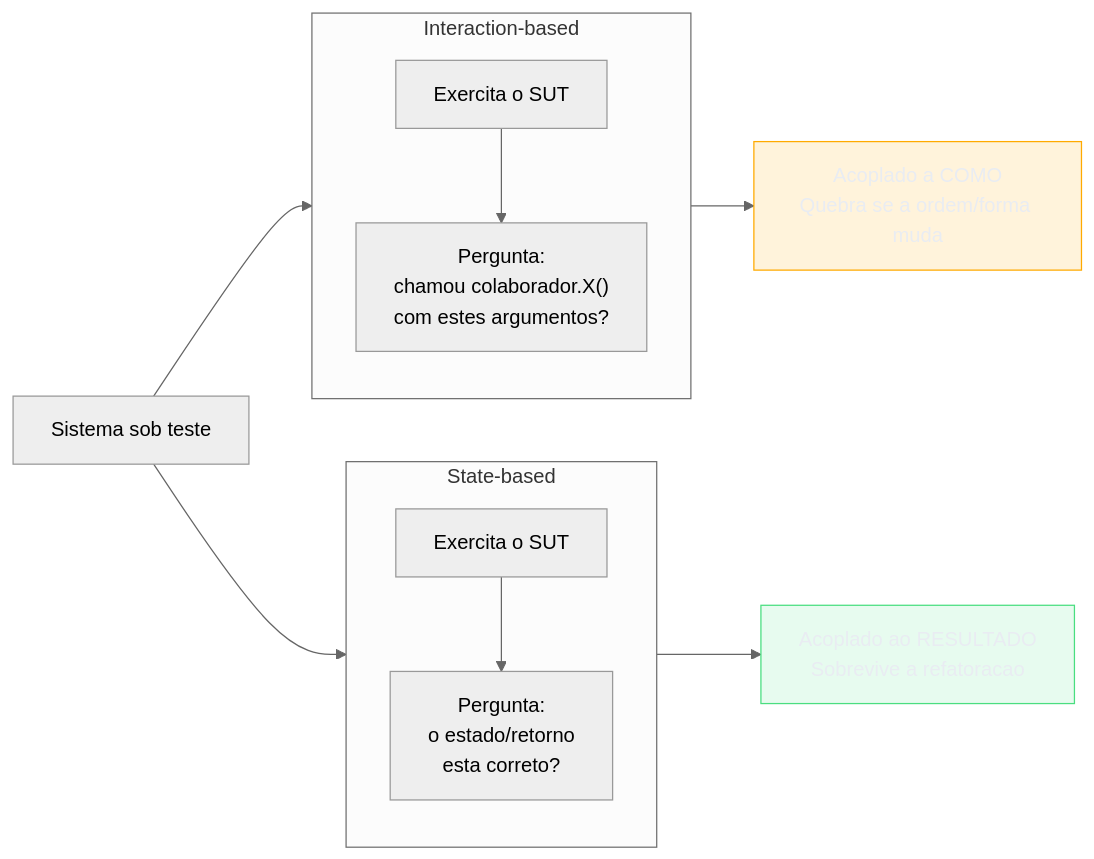
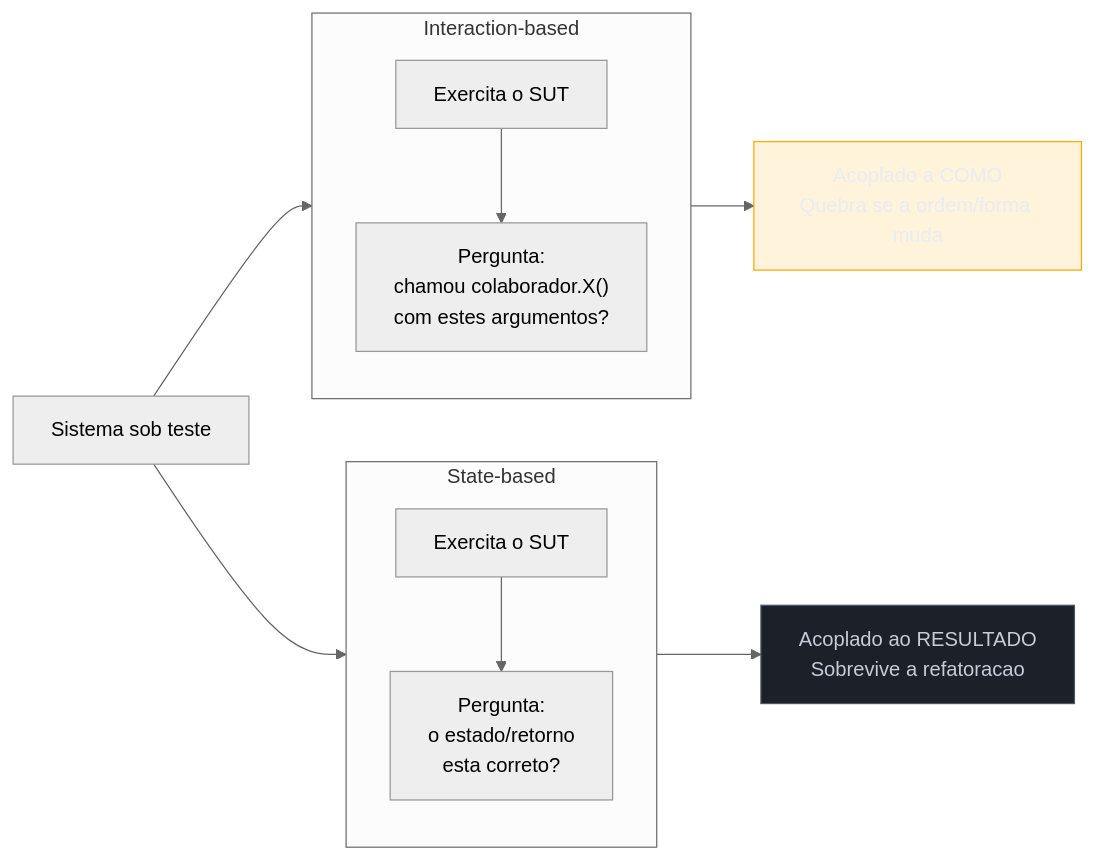
The second of 5 diagrams in 03-Dominios/Engenharia/Testes/06 - Testar comportamento, não implementação.md (josenaldo/codex-technomanticus), drawn with Mermaid (neutral theme) before and after one commit. The commit also changed other lines of this file and 601 other files, not shown here.

````diff
--- a/03-Dominios/Engenharia/Testes/06 - Testar comportamento, não implementação.md
+++ b/03-Dominios/Engenharia/Testes/06 - Testar comportamento, não implementação.md
@@ -87,25 +87,25 @@
 ```mermaid
 flowchart LR
-    classDef ok fill:#4ADE8021,stroke:#4ADE80,color:#E9ECF2
+    classDef neutro fill:#1B2029,stroke:#4E5666,color:#C6CCD8
     classDef destaque fill:#FFAA0024,stroke:#FFAA00,color:#E9ECF2
     SUT["Sistema sob teste"]
 
     subgraph SB["State-based"]
         direction TB
         S1["Exercita o SUT"] --> S2["Pergunta:<br/>o estado/retorno<br/>esta correto?"]
     end
 
     subgraph IB["Interaction-based"]
         direction TB
         I1["Exercita o SUT"] --> I2["Pergunta:<br/>chamou colaborador.X()<br/>com estes argumentos?"]
     end
 
     SUT --> SB
     SUT --> IB
 
     S2 --> R1["Acoplado ao RESULTADO<br/>Sobrevive a refatoracao"]
     I2 --> R2["Acoplado a COMO<br/>Quebra se a ordem/forma muda"]
 
-    class R1 ok
+    class R1 neutro
     class R2 destaque
 ```
````
